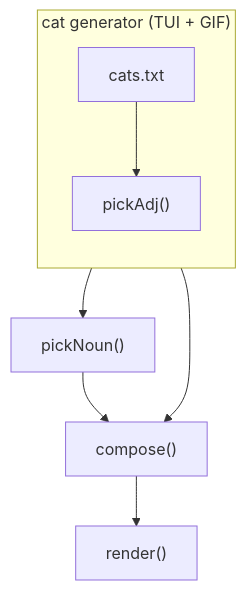
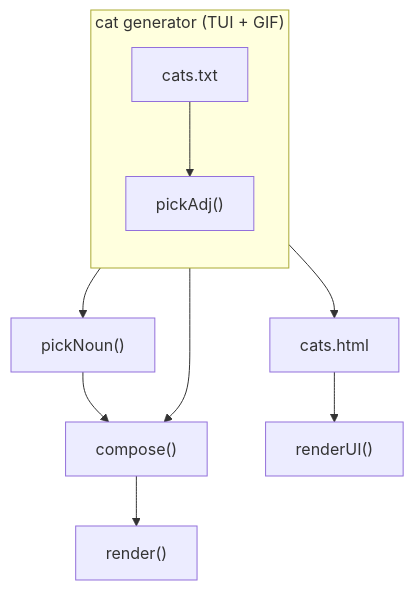
The diagram in DEMO-PROJECT/.llmscheme/logic_scheme/SCHEME.md (Fluttershy174PUNK/llmscheme), drawn with Mermaid before and after one commit. The commit also changed other lines of this file and 19 other files, not shown here.

````diff
--- a/DEMO-PROJECT/.llmscheme/logic_scheme/SCHEME.md
+++ b/DEMO-PROJECT/.llmscheme/logic_scheme/SCHEME.md
@@ -7,16 +7,20 @@
 ```mermaid
 flowchart TD
   subgraph z6["cat generator (TUI + GIF)"]
   direction TB
   n1["cats.txt"]
   n2["pickAdj()"]
   end
   n3["pickNoun()"]
   n4["compose()"]
   n5["render()"]
+  n6["cats.html"]
+  n7["renderUI()"]
   n1 --> n2
   n1 --> n3
   n2 --> n4
   n3 --> n4
   n4 --> n5
+  n1 --> n6
+  n6 --> n7
 ```
````
